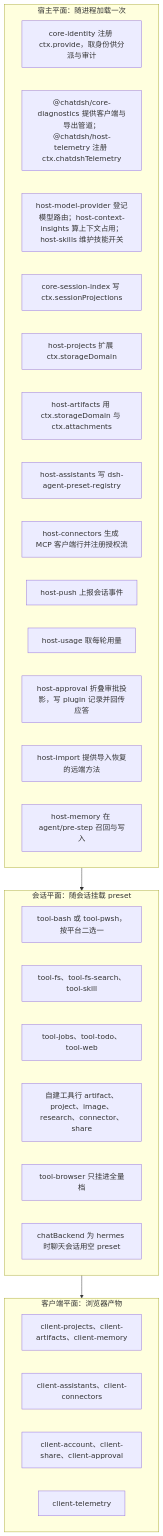
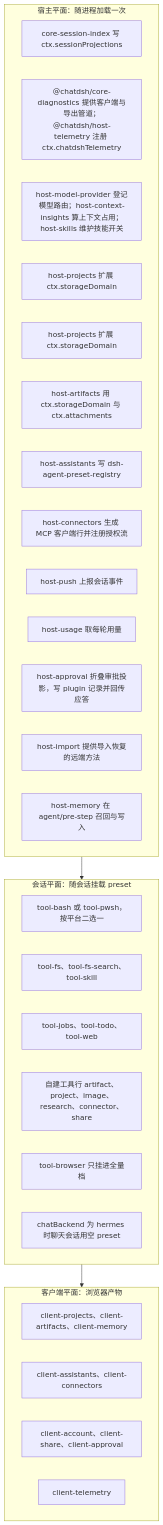
One commit to wenzetan/chatdsh changed the fifth of 17 diagrams in runtime/docs/architecture-diagram.md. Above: the diagram before and after it, drawn with Mermaid. The commit also changed other lines of this file and 144 other files, not shown here.

````diff
--- a/runtime/docs/architecture-diagram.md
+++ b/runtime/docs/architecture-diagram.md
@@ -170,34 +166,34 @@
 ```mermaid
 flowchart TB
   subgraph HOST["宿主平面：随进程加载一次"]
-    H1["core-identity 注册 ctx.provide，取身份供分派与审计"]
+    H1["core-session-index 写 ctx.sessionProjections"]
     H2["@chatdsh/core-diagnostics 提供客户端与导出管道；@chatdsh/host-telemetry 注册 ctx.chatdshTelemetry"]
     H2B["host-model-provider 登记模型路由；host-context-insights 算上下文占用；host-skills 维护技能开关"]
-    H3["core-session-index 写 ctx.sessionProjections"]
+    H3["host-projects 扩展 ctx.storageDomain"]
     H4["host-projects 扩展 ctx.storageDomain"]
     H5["host-artifacts 用 ctx.storageDomain 与 ctx.attachments"]
     H6["host-assistants 写 dsh-agent-preset-registry"]
     H7["host-connectors 生成 MCP 客户端行并注册授权流"]
     H8["host-push 上报会话事件"]
     H9["host-usage 取每轮用量"]
     H10["host-approval 折叠审批投影，写 plugin 记录并回传应答"]
     H11["host-import 提供导入恢复的远端方法"]
     H12["host-memory 在 agent/pre-step 召回与写入"]
   end
   subgraph SESS["会话平面：随会话挂载 preset"]
     S1["tool-bash 或 tool-pwsh，按平台二选一"]
     S2["tool-fs、tool-fs-search、tool-skill"]
     S3["tool-jobs、tool-todo、tool-web"]
     S4["自建工具行 artifact、project、image、research、connector、share"]
     S5["tool-browser 只挂进全量档"]
     S6["chatBackend 为 hermes 时聊天会话用空 preset"]
   end
   subgraph CLI["客户端平面：浏览器产物"]
     C1["client-projects、client-artifacts、client-memory"]
     C2["client-assistants、client-connectors"]
     C3["client-account、client-share、client-approval"]
     C4["client-telemetry"]
   end
   HOST --> SESS
   SESS --> CLI
 ```
````
